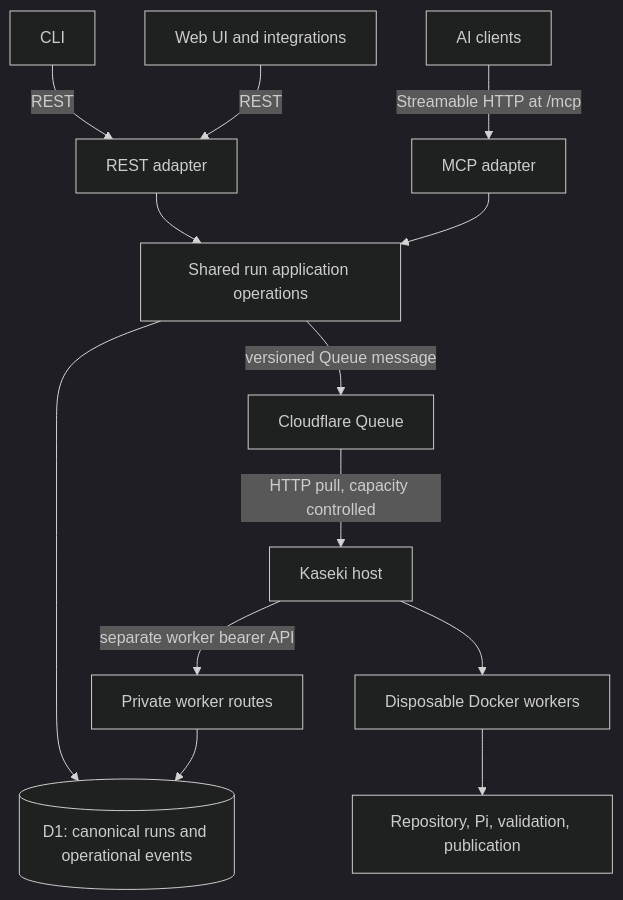
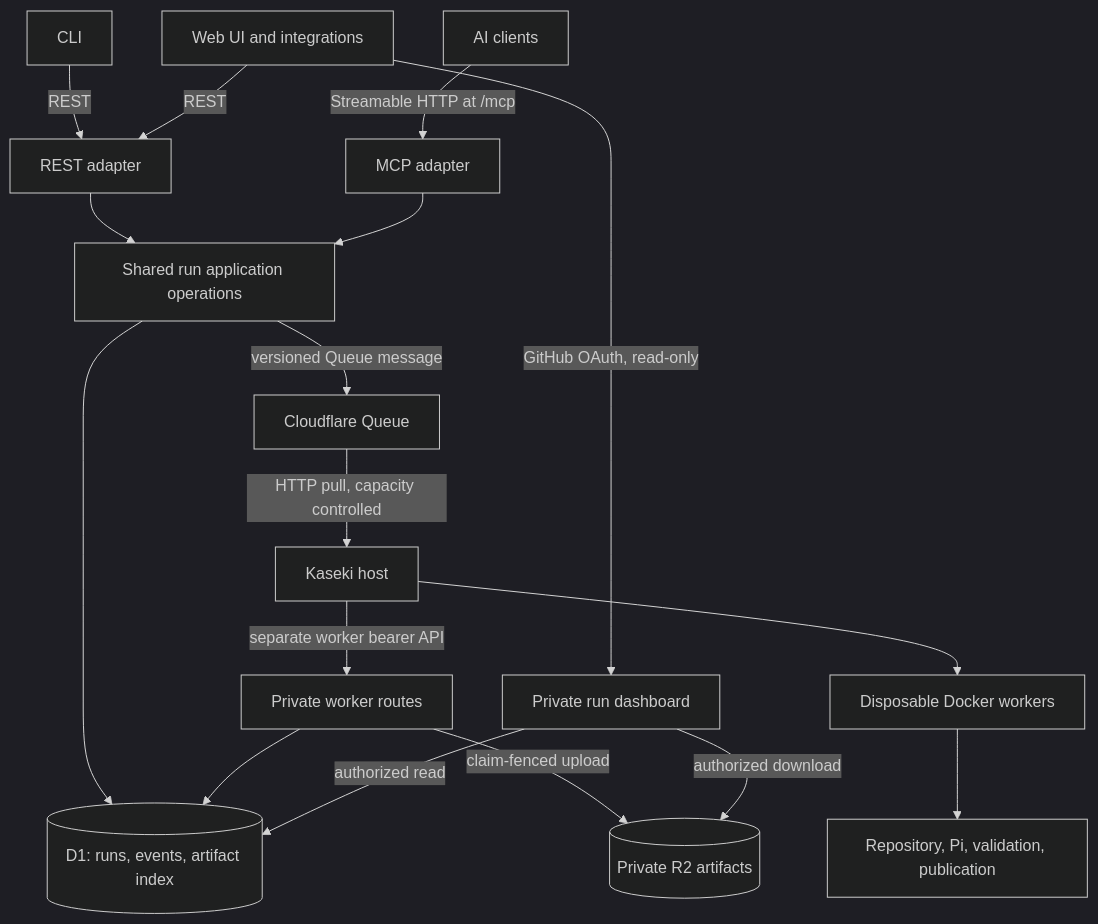
Before and after one commit to CyanAutomation/soyuz: the first of 2 diagrams in docs/ARCHITECTURE.md, drawn with Mermaid (dark theme). The commit also changed other lines of this file and 22 other files, not shown here.

Commit message:
feat: add OAuth dashboard and R2 run artifacts

````diff
--- a/docs/ARCHITECTURE.md
+++ b/docs/ARCHITECTURE.md
@@ -3,15 +3,19 @@
 ```mermaid
 flowchart TD
     CLI[CLI] -->|REST| REST[REST adapter]
     UI[Web UI and integrations] -->|REST| REST
+    UI -->|GitHub OAuth, read-only| Dashboard[Private run dashboard]
     AI[AI clients] -->|Streamable HTTP at /mcp| MCP[MCP adapter]
     REST --> App[Shared run application operations]
     MCP --> App
-    App --> D1[(D1: canonical runs and operational events)]
+    App --> D1[(D1: runs, events, artifact index)]
     App -->|versioned Queue message| Q[Cloudflare Queue]
     Q -->|HTTP pull, capacity controlled| K[Kaseki host]
     K -->|separate worker bearer API| Worker[Private worker routes]
     Worker --> D1
+    Worker -->|claim-fenced upload| R2[(Private R2 artifacts)]
+    Dashboard -->|authorized read| D1
+    Dashboard -->|authorized download| R2
     K --> Docker[Disposable Docker workers]
     Docker --> Repo[Repository, Pi, validation, publication]
 ```
````
